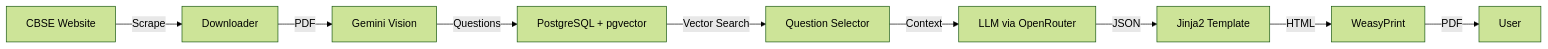
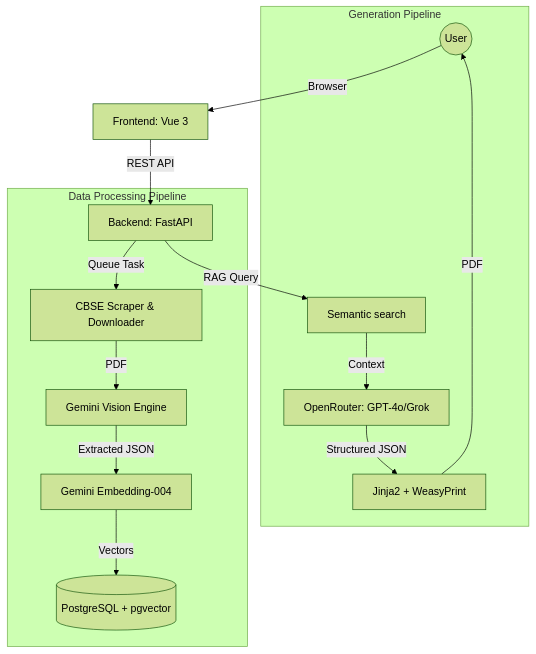
One commit to Adheroad/StudyReady changed the diagram in README.md. Above: the diagram before and after it, drawn with Mermaid (forest theme). The commit also changed other lines of this file and 42 other files, not shown here.

````diff
--- a/README.md
+++ b/README.md
@@ -17,11 +46,19 @@
 ```mermaid
-graph LR
-    A[CBSE Website] -->|Scrape| B[Downloader]
-    B -->|PDF| C[Gemini Vision]
-    C -->|Questions| D[PostgreSQL + pgvector]
-    D -->|Vector Search| E[Question Selector]
-    E -->|Context| F[LLM via OpenRouter]
-    F -->|JSON| G[Jinja2 Template]
-    G -->|HTML| H[WeasyPrint]
-    H -->|PDF| I[User]
+graph TD
+    User((User)) -->|Browser| Frontend[Frontend: Vue 3]
+    Frontend -->|REST API| Backend[Backend: FastAPI]
+    
+    subgraph Data Processing Pipeline
+        Backend -->|Queue Task| Ingestor[CBSE Scraper & Downloader]
+        Ingestor -->|PDF| Vision[Gemini Vision Engine]
+        Vision -->|Extracted JSON| Embedder[Gemini Embedding-004]
+        Embedder -->|Vectors| DB[(PostgreSQL + pgvector)]
+    end
+
+    subgraph Generation Pipeline
+        Backend -->|RAG Query| Retrievier[Semantic search]
+        Retrievier -->|Context| LLM[OpenRouter: GPT-4o/Grok]
+        LLM -->|Structured JSON| Templater[Jinja2 + WeasyPrint]
+        Templater -->|PDF| User
+    end
 ```
````
